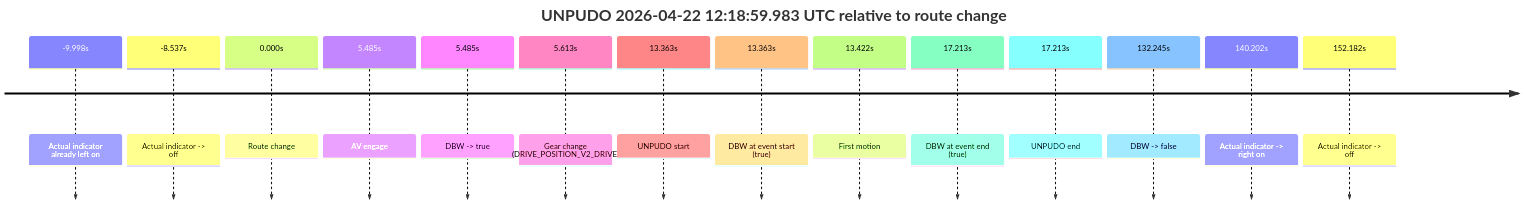
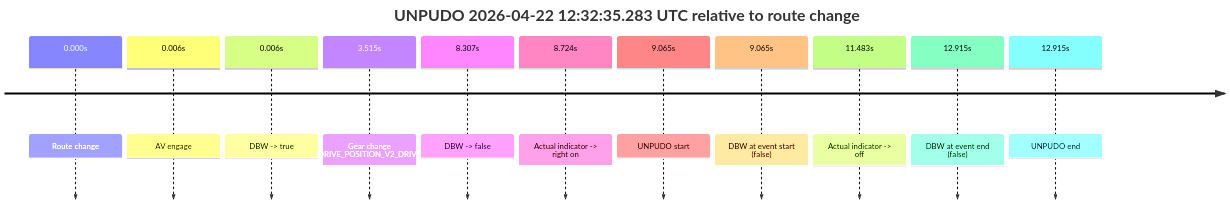
Before and after one commit to yoelshapiro/vault: the second of 3 diagrams in model_analysis/report_cards/2026/04/Week-4/fme20018--2026-04-22--11-49-25--gen2-av-3941ddaf-bcdc-4027-8704-4a13f3321966.md, drawn with Mermaid. The commit also changed other lines of this file and 53 other files, not shown here.

````diff
--- a/model_analysis/report_cards/2026/04/Week-4/fme20018--2026-04-22--11-49-25--gen2-av-3941ddaf-bcdc-4027-8704-4a13f3321966.md
+++ b/model_analysis/report_cards/2026/04/Week-4/fme20018--2026-04-22--11-49-25--gen2-av-3941ddaf-bcdc-4027-8704-4a13f3321966.md
@@ -134,18 +135,15 @@
 ```mermaid
 timeline
-    title UNPUDO 2026-04-22 12:18:59.983 UTC relative to route change
-    -9.998s : Actual indicator already left on
-    -8.537s : Actual indicator -> off
+    title UNPUDO 2026-04-22 12:32:35.283 UTC relative to route change
     0.000s : Route change
-    5.485s : AV engage
-    5.485s : DBW -> true
-    5.613s : Gear change (DRIVE_POSITION_V2_DRIVE)
-    13.363s : UNPUDO start
-    13.363s : DBW at event start (true)
-    13.422s : First motion
-    17.213s : DBW at event end (true)
-    17.213s : UNPUDO end
-    132.245s : DBW -> false
-    140.202s : Actual indicator -> right on
-    152.182s : Actual indicator -> off
+    0.006s : AV engage
+    0.006s : DBW -> true
+    3.515s : Gear change (DRIVE_POSITION_V2_DRIVE)
+    8.307s : DBW -> false
+    8.724s : Actual indicator -> right on
+    9.065s : UNPUDO start
+    9.065s : DBW at event start (false)
+    11.483s : Actual indicator -> off
+    12.915s : DBW at event end (false)
+    12.915s : UNPUDO end
 ```
````
